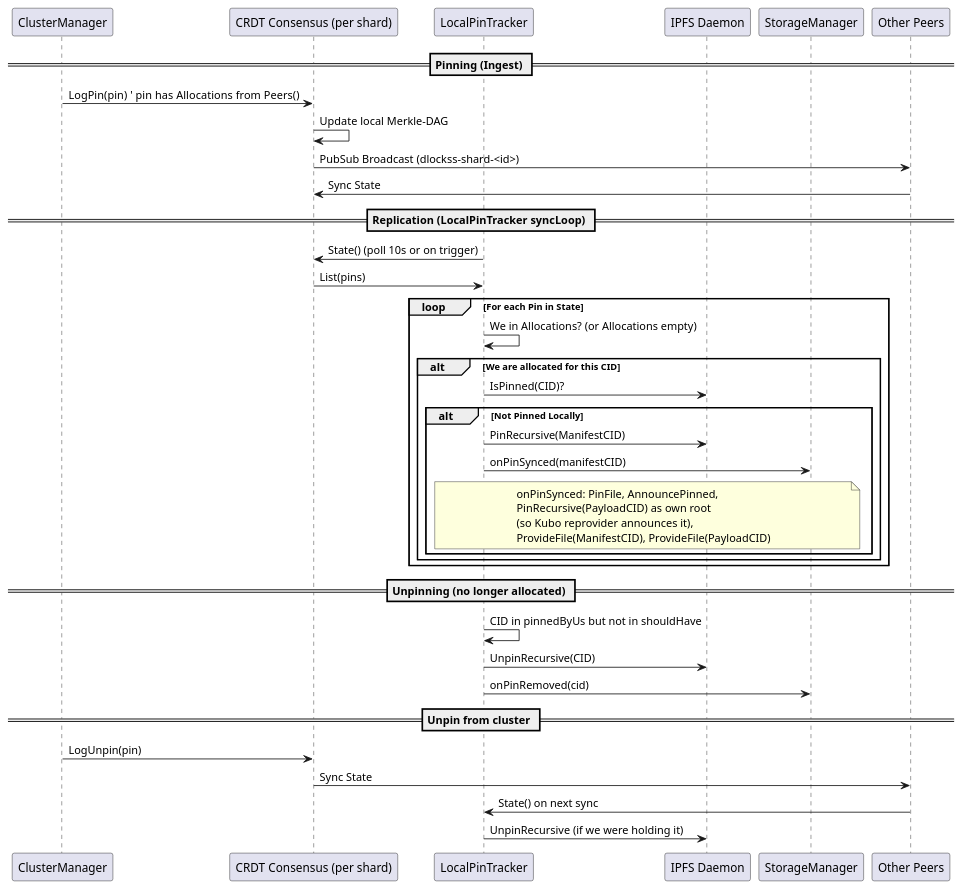
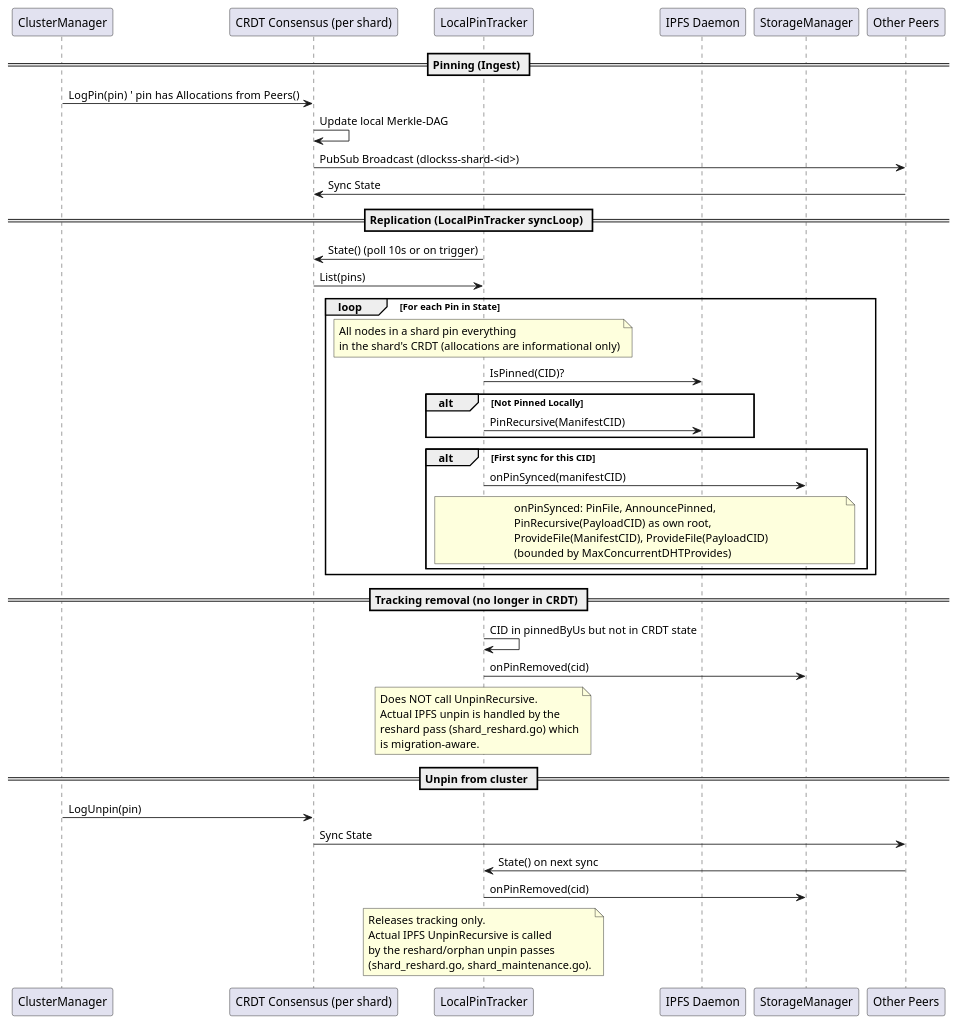
The diagram in docs/replication_check_sequence.puml (gipplab/D-LOCKSS), drawn with PlantUML before and after one commit. The commit also changed 99 other files, not shown here.

```diff
--- a/docs/replication_check_sequence.puml
+++ b/docs/replication_check_sequence.puml
@@ -1,47 +1,48 @@
 @startuml Cluster State Sync Sequence
 
 participant "ClusterManager" as ClusterMgr
 participant "CRDT Consensus (per shard)" as CRDT
 participant "LocalPinTracker" as PinTracker
 participant "IPFS Daemon" as IPFS
 participant "StorageManager" as Storage
 participant "Other Peers" as Peers
 
 == Pinning (Ingest) ==
 
 ClusterMgr -> CRDT: LogPin(pin)  ' pin has Allocations from Peers()
 CRDT -> CRDT: Update local Merkle-DAG
 CRDT -> Peers: PubSub Broadcast (dlockss-shard-<id>)
 Peers -> CRDT: Sync State
 
 == Replication (LocalPinTracker syncLoop) ==
 
 PinTracker -> CRDT: State() (poll 10s or on trigger)
 CRDT -> PinTracker: List(pins)
 
 loop For each Pin in State
-    PinTracker -> PinTracker: We in Allocations? (or Allocations empty)
-    alt We are allocated for this CID
-        PinTracker -> IPFS: IsPinned(CID)?
-        alt Not Pinned Locally
-            PinTracker -> IPFS: PinRecursive(ManifestCID)
-            PinTracker -> Storage: onPinSynced(manifestCID)
-            Note over PinTracker, Storage: onPinSynced: PinFile, AnnouncePinned,\nPinRecursive(PayloadCID) as own root\n(so Kubo reprovider announces it),\nProvideFile(ManifestCID), ProvideFile(PayloadCID)
-        end
+    Note over PinTracker: All nodes in a shard pin everything\nin the shard's CRDT (allocations are informational only)
+    PinTracker -> IPFS: IsPinned(CID)?
+    alt Not Pinned Locally
+        PinTracker -> IPFS: PinRecursive(ManifestCID)
+    end
+    alt First sync for this CID
+        PinTracker -> Storage: onPinSynced(manifestCID)
+        Note over PinTracker, Storage: onPinSynced: PinFile, AnnouncePinned,\nPinRecursive(PayloadCID) as own root,\nProvideFile(ManifestCID), ProvideFile(PayloadCID)\n(bounded by MaxConcurrentDHTProvides)
     end
 end
 
-== Unpinning (no longer allocated) ==
+== Tracking removal (no longer in CRDT) ==
 
-PinTracker -> PinTracker: CID in pinnedByUs but not in shouldHave
-PinTracker -> IPFS: UnpinRecursive(CID)
+PinTracker -> PinTracker: CID in pinnedByUs but not in CRDT state
 PinTracker -> Storage: onPinRemoved(cid)
+Note over PinTracker: Does NOT call UnpinRecursive.\nActual IPFS unpin is handled by the\nreshard pass (shard_reshard.go) which\nis migration-aware.
 
 == Unpin from cluster ==
 
 ClusterMgr -> CRDT: LogUnpin(pin)
 CRDT -> Peers: Sync State
 Peers -> PinTracker: State() on next sync
-PinTracker -> IPFS: UnpinRecursive (if we were holding it)
+PinTracker -> Storage: onPinRemoved(cid)
+Note over PinTracker: Releases tracking only.\nActual IPFS UnpinRecursive is called\nby the reshard/orphan unpin passes\n(shard_reshard.go, shard_maintenance.go).
 
 @enduml
```
